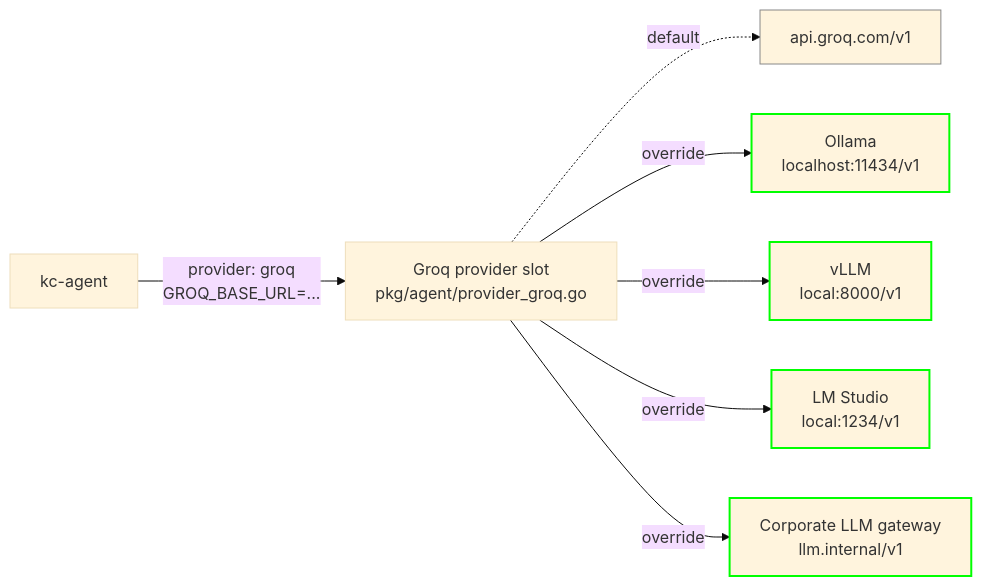
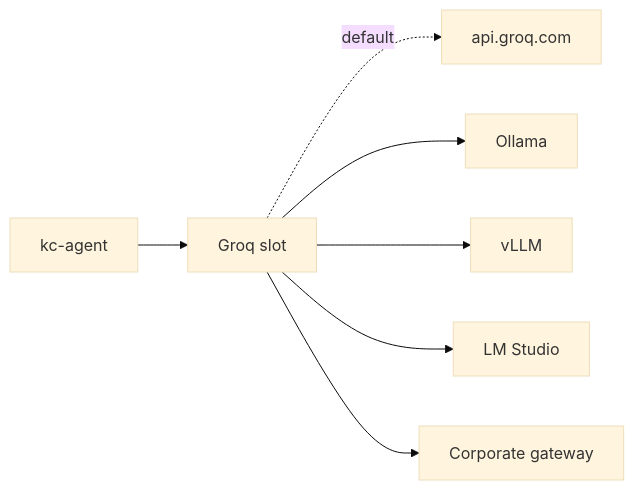
The sixth of 6 diagrams in docs/security/SECURITY-MODEL.md (KPRoche/console), drawn with Mermaid (base theme) before and after one commit. The commit also changed other lines of this file, not shown here.

Commit message:
📝 docs(security): simplify mermaid diagrams to fix github render truncation

````diff
--- a/docs/security/SECURITY-MODEL.md
+++ b/docs/security/SECURITY-MODEL.md
@@ -255,14 +215,9 @@
 ```mermaid
 flowchart LR
-    KA[kc-agent] -->|provider: groq<br/>GROQ_BASE_URL=...| SLOT[Groq provider slot<br/>pkg/agent/provider_groq.go]
-    SLOT -.default.-> GRQ[api.groq.com/v1]
-    SLOT -->|override| OLLA[Ollama<br/>localhost:11434/v1]
-    SLOT -->|override| VLLM[vLLM<br/>local:8000/v1]
-    SLOT -->|override| LM[LM Studio<br/>local:1234/v1]
-    SLOT -->|override| GW[Corporate LLM gateway<br/>llm.internal/v1]
-
-    classDef default_path stroke:#888,stroke-width:1px
-    classDef override_path stroke:#0f0,stroke-width:2px
-    class GRQ default_path
-    class OLLA,VLLM,LM,GW override_path
+    KA[kc-agent] --> SLOT[Groq slot]
+    SLOT -.default.-> GRQ[api.groq.com]
+    SLOT --> OLLA[Ollama]
+    SLOT --> VLLM[vLLM]
+    SLOT --> LM[LM Studio]
+    SLOT --> GW[Corporate gateway]
 ```
````
